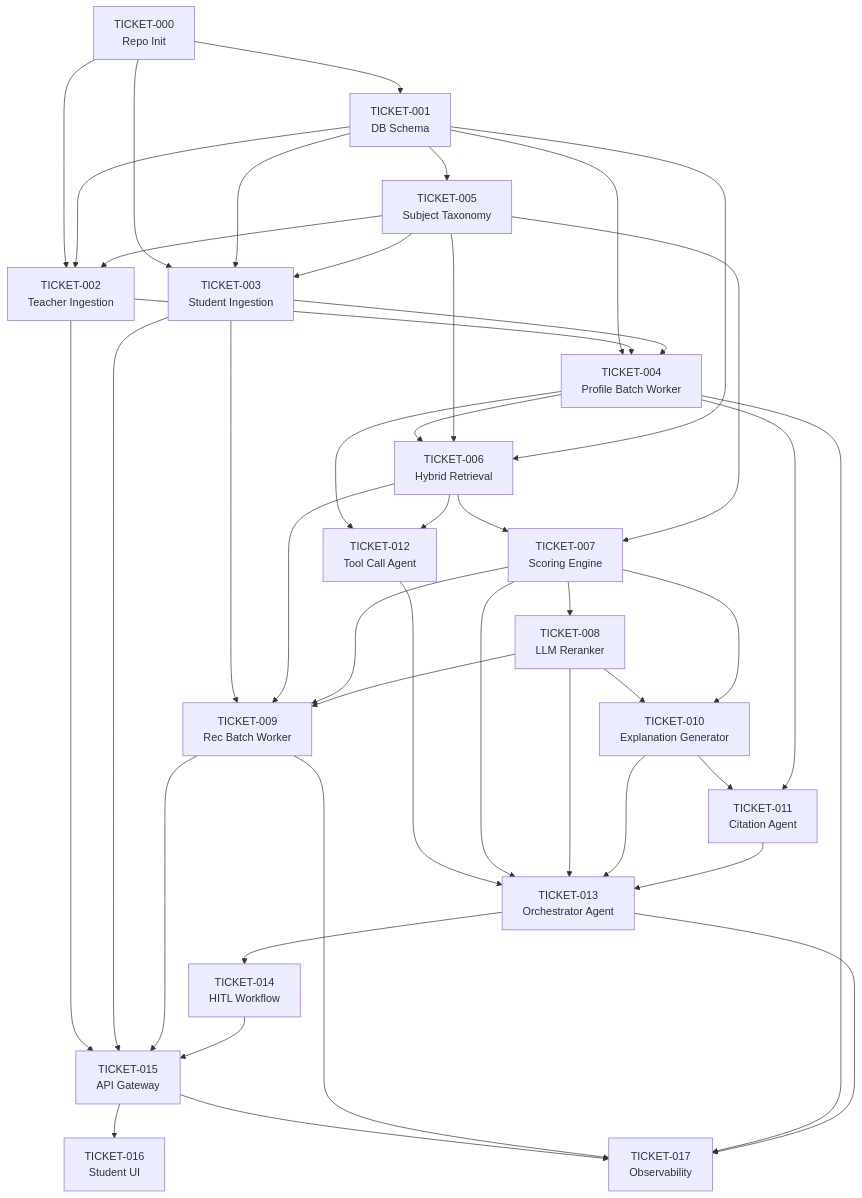
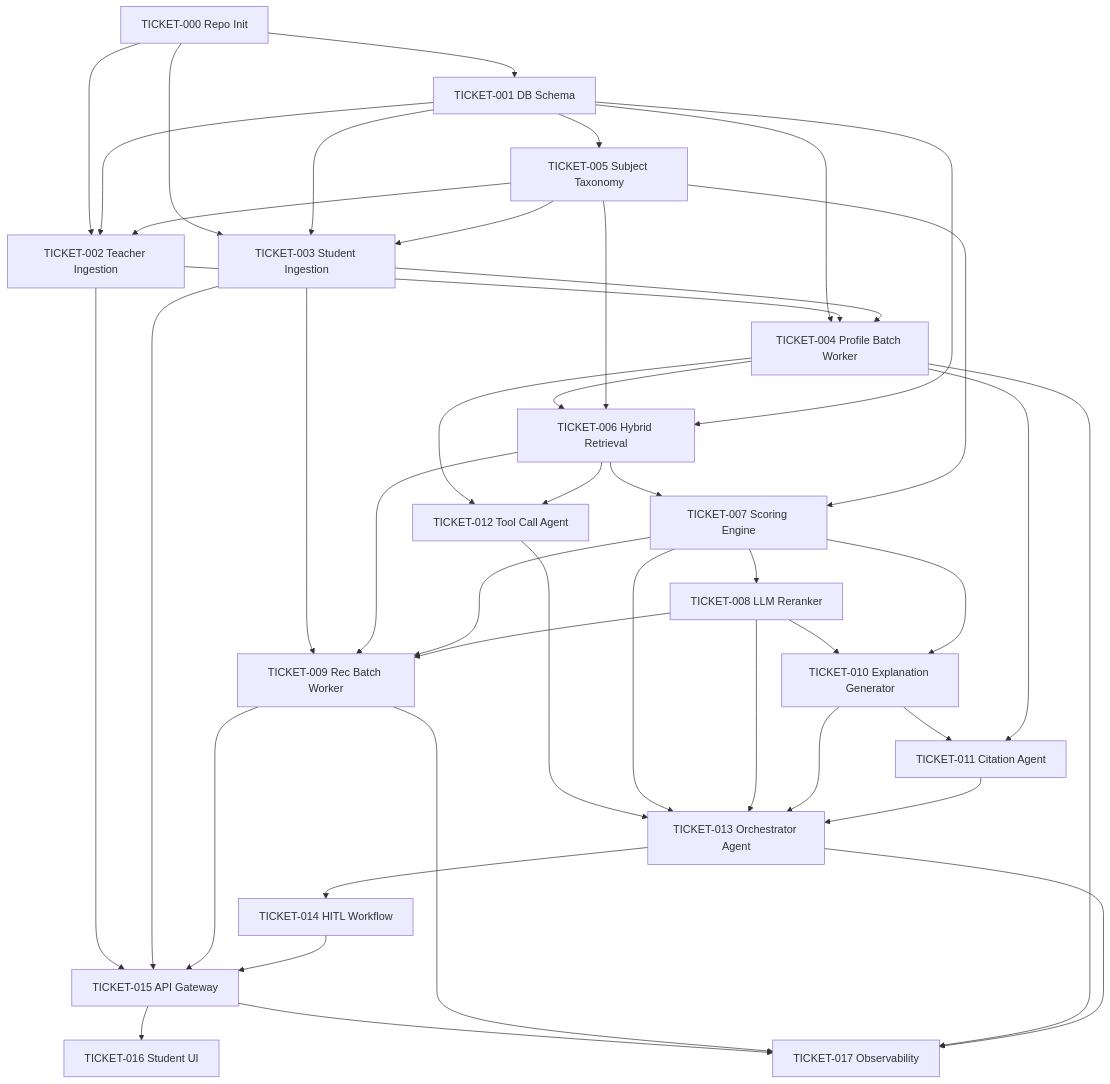
One commit to JackTran15/TF_AI_Engineer_Assignment changed the first of 3 diagrams in project-ticket-working-processes.md. Above: the diagram before and after it, drawn with Mermaid. The commit also changed 8 other files, not shown here.

````diff
--- a/project-ticket-working-processes.md
+++ b/project-ticket-working-processes.md
@@ -104,64 +104,64 @@
 ```mermaid
 flowchart TD
-    T000["TICKET-000<br/>Repo Init"]
-    T001["TICKET-001<br/>DB Schema"]
-    T002["TICKET-002<br/>Teacher Ingestion"]
-    T003["TICKET-003<br/>Student Ingestion"]
-    T004["TICKET-004<br/>Profile Batch Worker"]
-    T005["TICKET-005<br/>Subject Taxonomy"]
-    T006["TICKET-006<br/>Hybrid Retrieval"]
-    T007["TICKET-007<br/>Scoring Engine"]
-    T008["TICKET-008<br/>LLM Reranker"]
-    T009["TICKET-009<br/>Rec Batch Worker"]
-    T010["TICKET-010<br/>Explanation Generator"]
-    T011["TICKET-011<br/>Citation Agent"]
-    T012["TICKET-012<br/>Tool Call Agent"]
-    T013["TICKET-013<br/>Orchestrator Agent"]
-    T014["TICKET-014<br/>HITL Workflow"]
-    T015["TICKET-015<br/>API Gateway"]
-    T016["TICKET-016<br/>Student UI"]
-    T017["TICKET-017<br/>Observability"]
+    T000["TICKET-000 Repo Init"]
+    T001["TICKET-001 DB Schema"]
+    T002["TICKET-002 Teacher Ingestion"]
+    T003["TICKET-003 Student Ingestion"]
+    T004["TICKET-004 Profile Batch Worker"]
+    T005["TICKET-005 Subject Taxonomy"]
+    T006["TICKET-006 Hybrid Retrieval"]
+    T007["TICKET-007 Scoring Engine"]
+    T008["TICKET-008 LLM Reranker"]
+    T009["TICKET-009 Rec Batch Worker"]
+    T010["TICKET-010 Explanation Generator"]
+    T011["TICKET-011 Citation Agent"]
+    T012["TICKET-012 Tool Call Agent"]
+    T013["TICKET-013 Orchestrator Agent"]
+    T014["TICKET-014 HITL Workflow"]
+    T015["TICKET-015 API Gateway"]
+    T016["TICKET-016 Student UI"]
+    T017["TICKET-017 Observability"]
 
     T000 --> T001
     T001 --> T005
     T000 --> T002
     T001 --> T002
     T005 --> T002
     T000 --> T003
     T001 --> T003
     T005 --> T003
     T001 --> T004
     T002 --> T004
     T003 --> T004
     T004 --> T006
     T005 --> T006
     T001 --> T006
     T006 --> T007
     T005 --> T007
     T007 --> T008
     T003 --> T009
     T006 --> T009
     T007 --> T009
     T008 --> T009
     T008 --> T010
     T007 --> T010
     T010 --> T011
     T004 --> T011
     T004 --> T012
     T006 --> T012
     T012 --> T013
     T007 --> T013
     T008 --> T013
     T010 --> T013
     T011 --> T013
     T013 --> T014
     T002 --> T015
     T003 --> T015
     T009 --> T015
     T014 --> T015
     T015 --> T016
     T015 --> T017
     T009 --> T017
     T004 --> T017
     T013 --> T017
 ```
````
